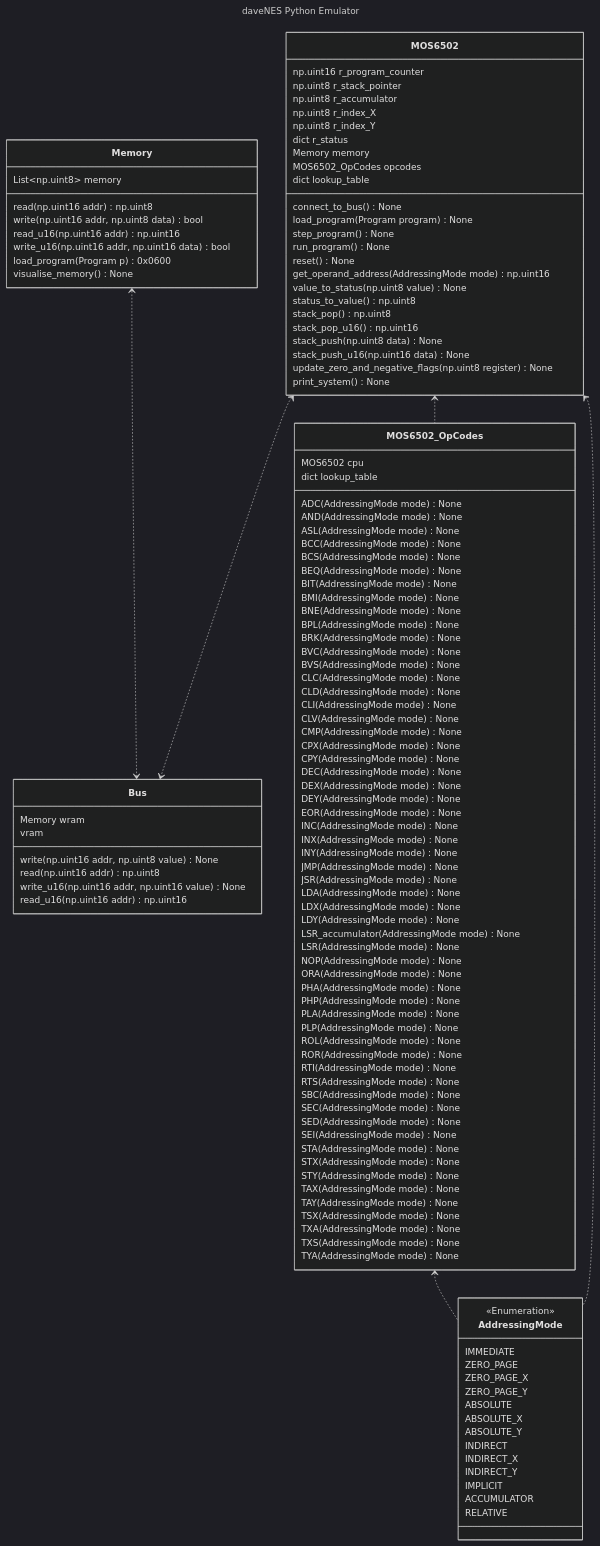
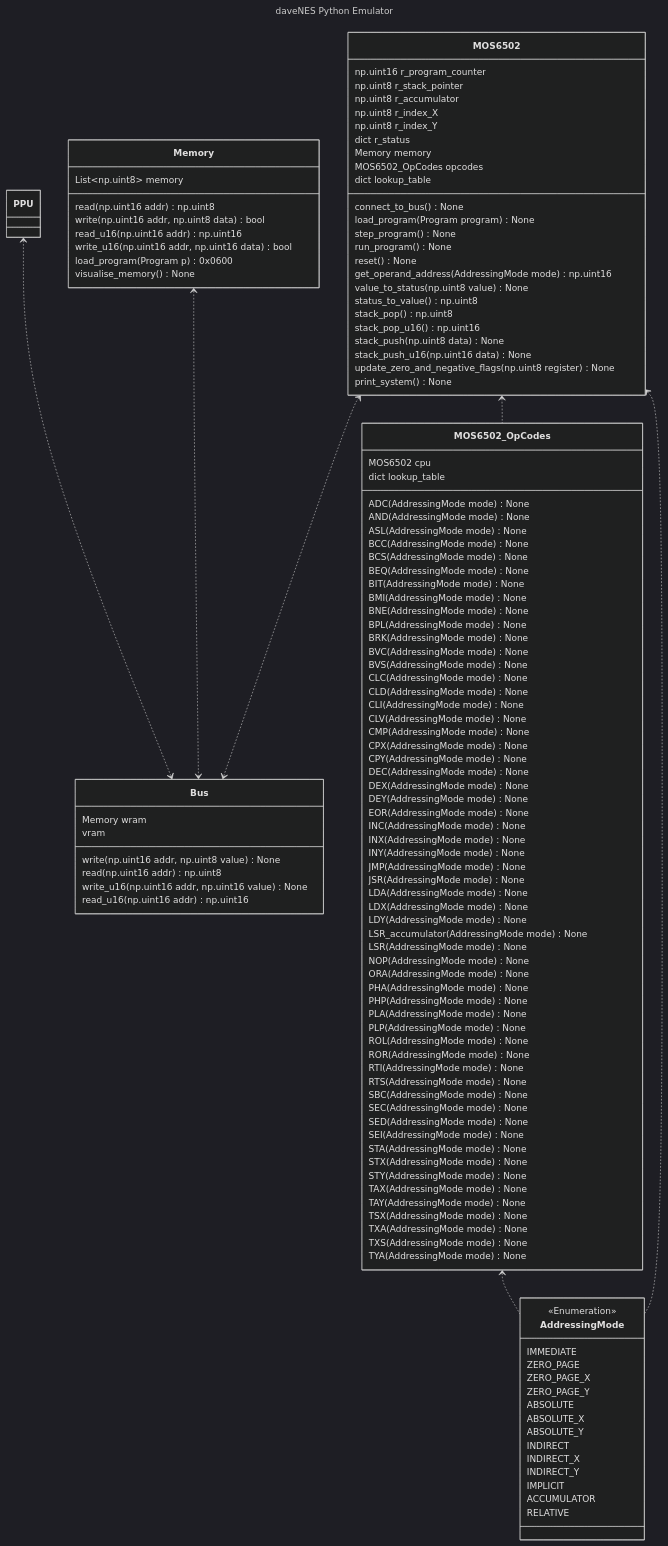
Before and after one commit to dkersh/daveNES: the diagram in structure.md, drawn with Mermaid (dark theme).

Commit message:
small modification to structure.md

````diff
--- a/structure.md
+++ b/structure.md
@@ -43,6 +43,10 @@
         read(np.uint16 addr) np.uint8
         write_u16(np.uint16 addr, np.uint16 value) None
         read_u16(np.uint16 addr) np.uint16
+    }
+
+    class PPU{
+        %% Unimplemented Picture Processing Unit
     }
 
     class AddressingMode{
@@ -150,5 +154,6 @@
     MOS6502_OpCodes <.. AddressingMode
     MOS6502 <..> Bus
     Memory <..> Bus
+    PPU <..> Bus
     MOS6502 <.. MOS6502_OpCodes
 ```
````
